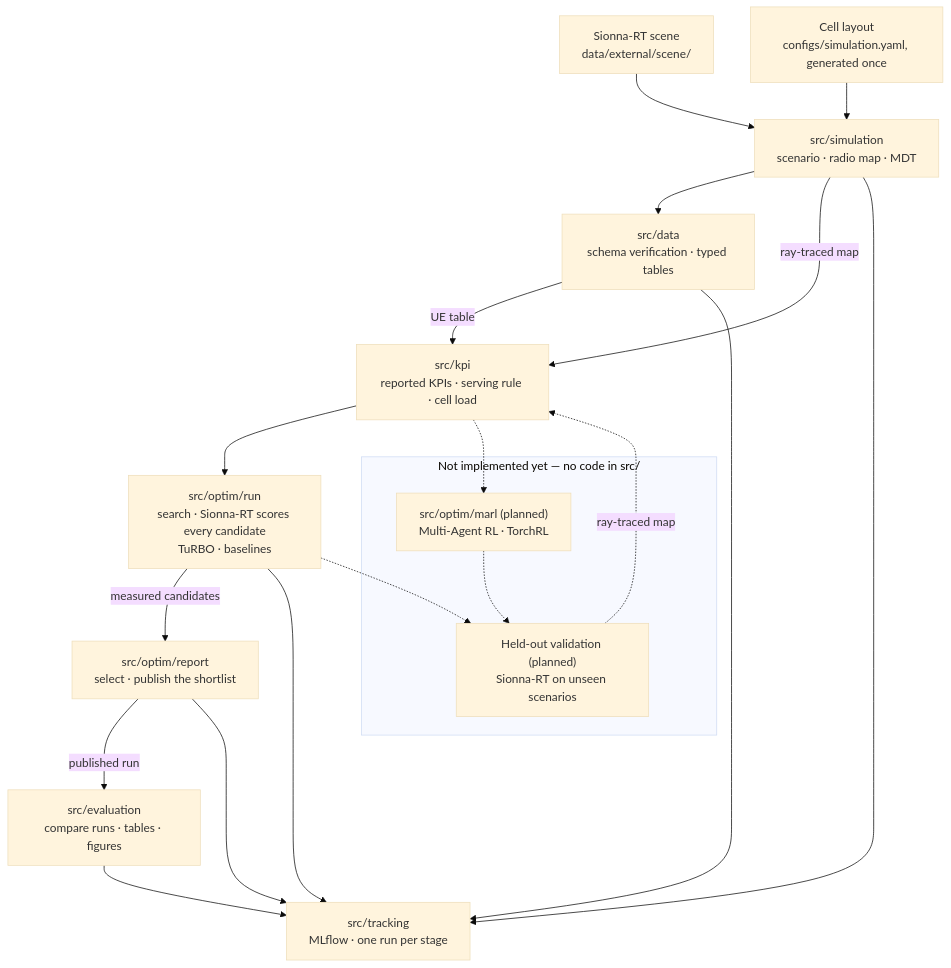
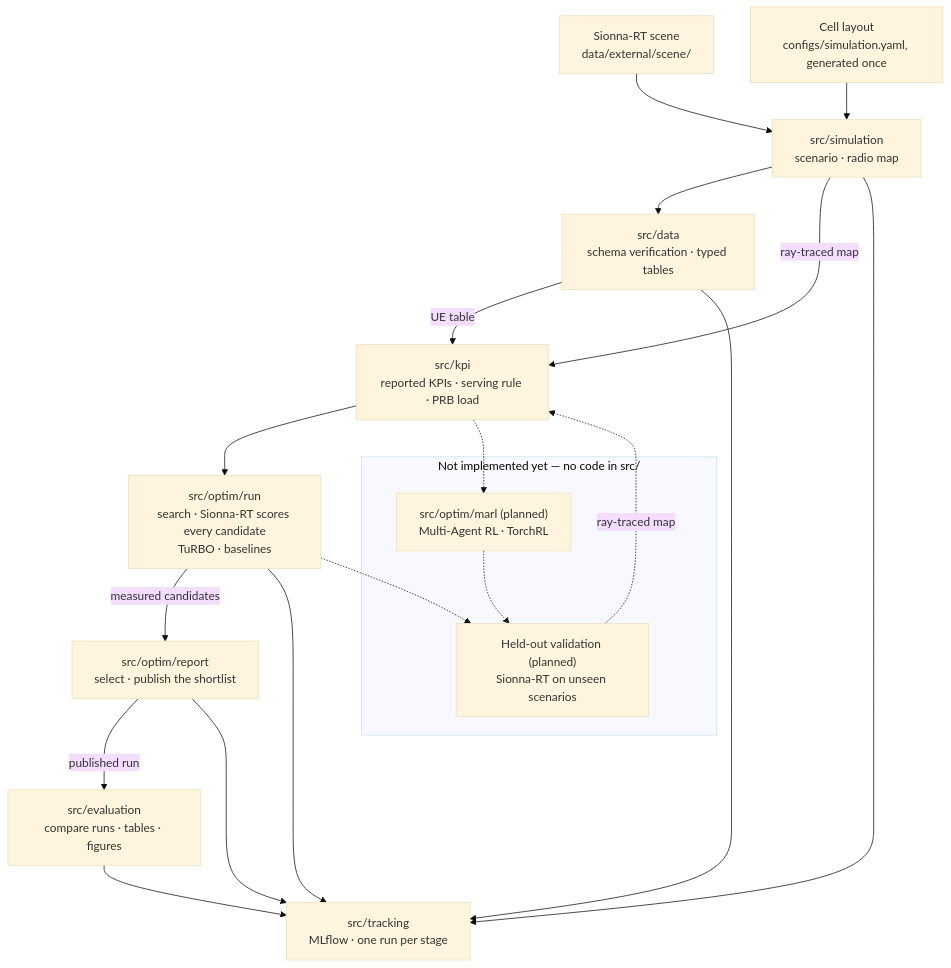
The diagram in README.md (NguyenVu04/band-tilt), drawn with Mermaid (base theme) before and after one commit. The commit also changed other lines of this file and 52 other files, not shown here.

````diff
--- a/README.md
+++ b/README.md
@@ -110,32 +110,32 @@
 ```mermaid
 flowchart TB
     scene["Sionna-RT scene<br/>data/external/scene/"]
     cells["Cell layout<br/>configs/simulation.yaml, generated once"]
 
-    sim["src/simulation<br/>scenario · radio map · MDT"]
+    sim["src/simulation<br/>scenario · radio map"]
     prep["src/data<br/>schema verification · typed tables"]
-    kpi["src/kpi<br/>reported KPIs · serving rule · cell load"]
+    kpi["src/kpi<br/>reported KPIs · serving rule · PRB load"]
     opt["src/optim/run<br/>search · Sionna-RT scores every candidate<br/>TuRBO · baselines"]
     ver["src/optim/report<br/>select · publish the shortlist"]
     rep["src/evaluation<br/>compare runs · tables · figures"]
     mlf["src/tracking<br/>MLflow · one run per stage"]
 
     subgraph future["Not implemented yet — no code in src/"]
         marl["src/optim/marl (planned)<br/>Multi-Agent RL · TorchRL"]
         val["Held-out validation (planned)<br/>Sionna-RT on unseen scenarios"]
     end
 
     scene --> sim
     cells --> sim
     sim --> prep
     sim -->|ray-traced map| kpi
     prep -->|UE table| kpi
     kpi --> opt
     opt -->|measured candidates| ver
     ver -->|published run| rep
     sim & prep & opt & ver & rep --> mlf
     kpi -.-> marl
     opt -.-> val
     marl -.-> val
     val -.->|ray-traced map| kpi
 ```
````
